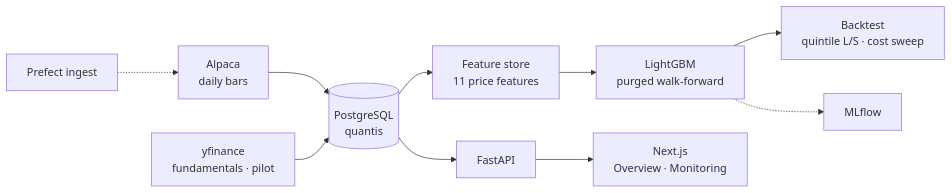
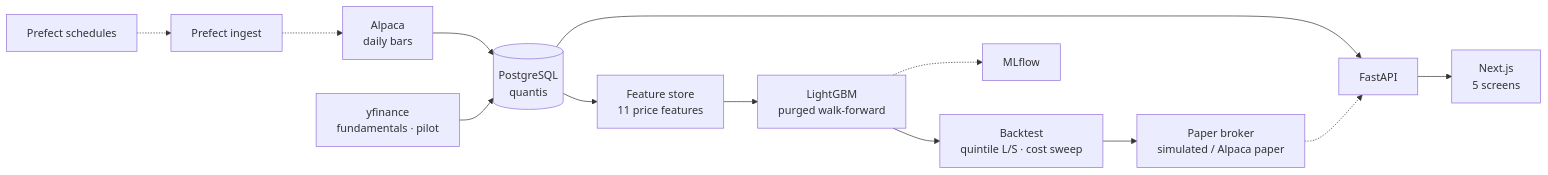
Before and after one commit to nishantnayar/trading-public: the diagram in README.md, drawn with Mermaid. The commit also changed other lines of this file and 27 other files, not shown here.

````diff
--- a/README.md
+++ b/README.md
@@ -64,12 +65,15 @@
 ```mermaid
 flowchart LR
     A[Alpaca<br/>daily bars] --> B[(PostgreSQL<br/>quantis)]
     F[yfinance<br/>fundamentals · pilot] --> B
     B --> C[Feature store<br/>11 price features]
     C --> D[LightGBM<br/>purged walk-forward]
     D --> BT[Backtest<br/>quintile L/S · cost sweep]
     D -.-> M[MLflow]
+    BT --> PB[Paper broker<br/>simulated / Alpaca paper]
     P[Prefect ingest] -.-> A
+    Svc[Prefect schedules] -.-> P
     B --> API[FastAPI]
-    API --> S[Next.js<br/>Overview · Monitoring]
+    API --> S[Next.js<br/>5 screens]
+    PB -.-> API
 ```
````
